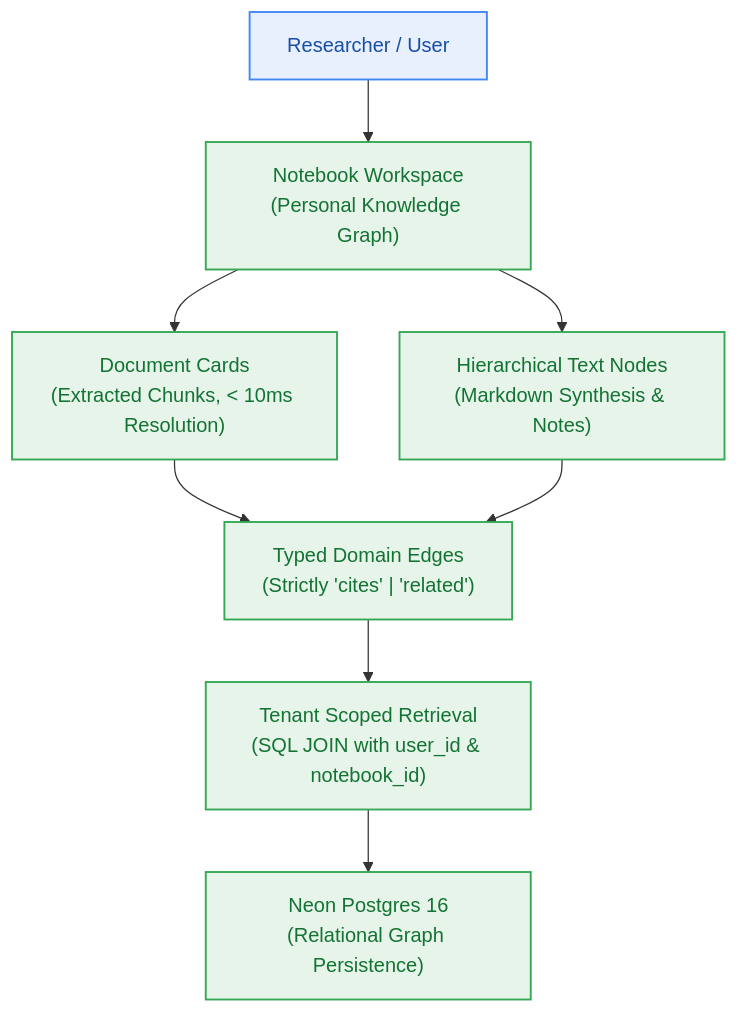
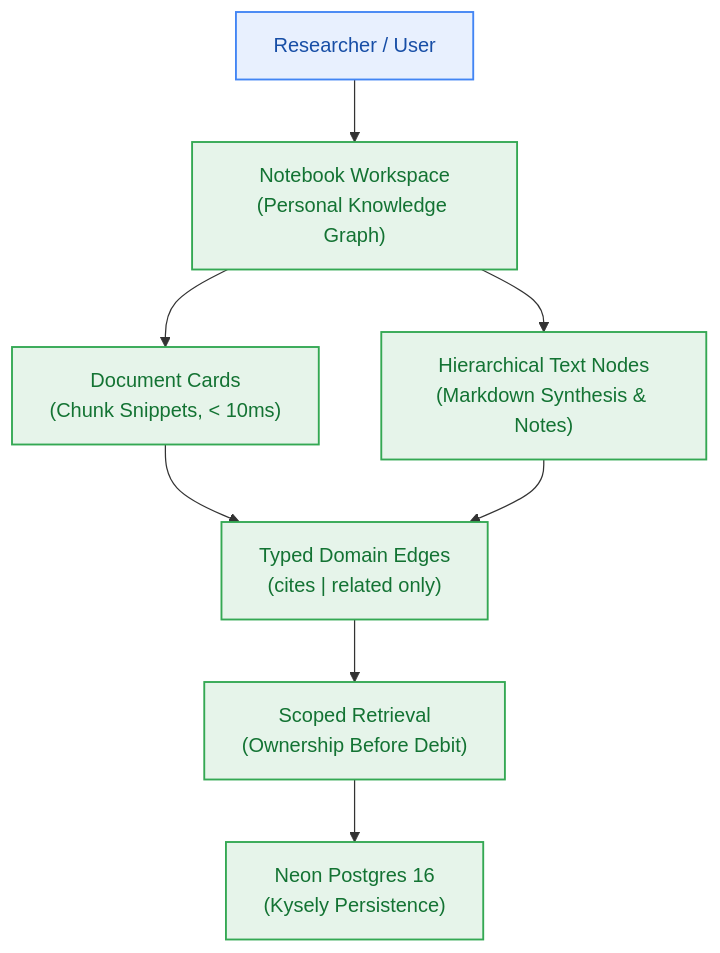
Before and after one commit to Glitch-guy0/Contextual: the first of 2 diagrams in _documentation/planning/milestones/m4-notebook-workspace/milestone.md, drawn with Mermaid. The commit also changed other lines of this file and 24 other files, not shown here.

First line of the commit message:
docs(m4): record milestone m4 architecture, stories, and planning artifacts

````diff
--- a/_documentation/planning/milestones/m4-notebook-workspace/milestone.md
+++ b/_documentation/planning/milestones/m4-notebook-workspace/milestone.md
@@ -29,16 +29,16 @@
 ```mermaid
 graph TD
     USER["Researcher / User"] --> NOTEBOOK["Notebook Workspace<br/>(Personal Knowledge Graph)"]
-    NOTEBOOK --> CARDS["Document Cards<br/>(Extracted Chunks, < 10ms Resolution)"]
+    NOTEBOOK --> CARDS["Document Cards<br/>(Chunk Snippets, < 10ms)"]
     NOTEBOOK --> NODES["Hierarchical Text Nodes<br/>(Markdown Synthesis & Notes)"]
-    CARDS --> EDGES["Typed Domain Edges<br/>(Strictly 'cites' | 'related')"]
+    CARDS --> EDGES["Typed Domain Edges<br/>(cites | related only)"]
     NODES --> EDGES
-    EDGES --> SCOPED["Tenant Scoped Retrieval<br/>(SQL JOIN with user_id & notebook_id)"]
-    SCOPED --> NEON["Neon Postgres 16<br/>(Relational Graph Persistence)"]
+    EDGES --> SCOPED["Scoped Retrieval<br/>(Ownership Before Debit)"]
+    SCOPED --> PG["Neon Postgres 16<br/>(Kysely Persistence)"]
 
     classDef blue fill:#E8F0FE,stroke:#4285F4,stroke-width:1.5px,color:#174EA6;
     classDef green fill:#E6F4EA,stroke:#34A853,stroke-width:1.5px,color:#137333;
 
     class USER blue;
-    class NOTEBOOK,CARDS,NODES,EDGES,SCOPED,NEON green;
+    class NOTEBOOK,CARDS,NODES,EDGES,SCOPED,PG green;
 ```
````
